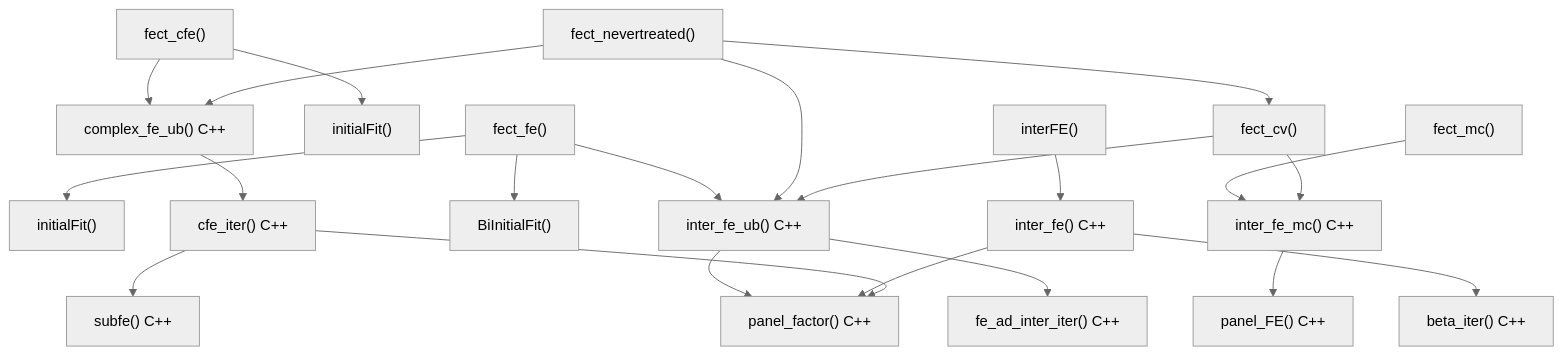
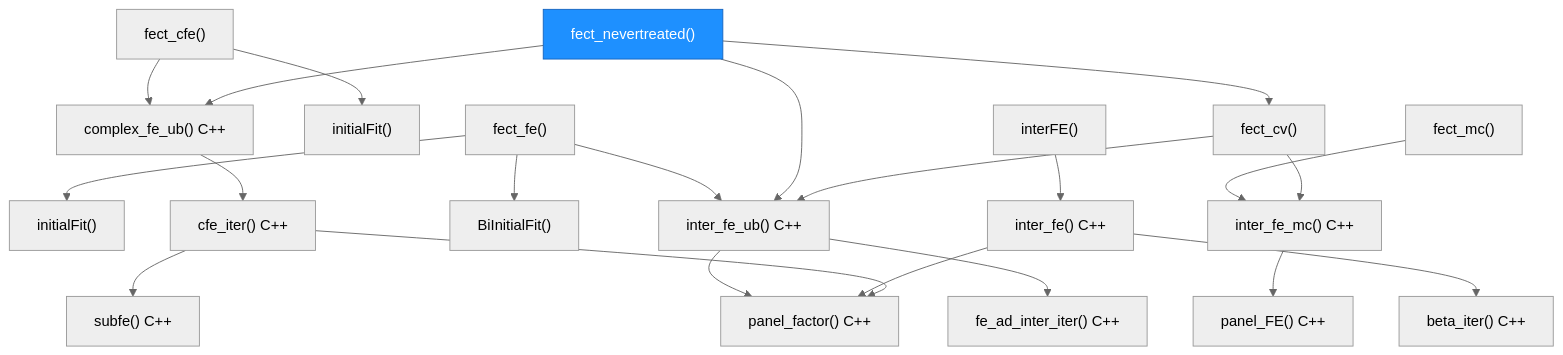
The fourth of 5 diagrams in architecture.md (xuyiqing/fect), drawn with Mermaid before and after one commit. The commit also changed other lines of this file and 11 other files, not shown here.

````diff
--- a/architecture.md
+++ b/architecture.md
@@ -239,33 +263,35 @@
 ```mermaid
 %%{init: {'theme': 'neutral'}}%%
 graph TD
     fect_fe["fect_fe()"] --> initialFit["initialFit()"]
     fect_fe --> inter_fe_ub["inter_fe_ub() C++"]
     fect_fe --> BiInitialFit["BiInitialFit()"]
 
     fect_cfe["fect_cfe()"] --> initialFit2["initialFit()"]
     fect_cfe --> complex_fe_ub["complex_fe_ub() C++"]
 
     fect_mc["fect_mc()"] --> inter_fe_mc["inter_fe_mc() C++"]
 
     fect_nevertreated["fect_nevertreated()"] --> inter_fe_ub
     fect_nevertreated --> complex_fe_ub
     fect_nevertreated --> fect_cv["fect_cv()"]
 
     complex_fe_ub --> cfe_iter["cfe_iter() C++"]
 
     inter_fe_ub --> fe_ad["fe_ad_inter_iter() C++"]
     inter_fe_ub --> panel_factor["panel_factor() C++"]
 
     inter_fe_mc --> panel_FE["panel_FE() C++"]
 
     interFE["interFE()"] --> inter_fe["inter_fe() C++"]
     inter_fe --> panel_factor
     inter_fe --> beta_iter["beta_iter() C++"]
 
     cfe_iter --> subfe["subfe() C++"]
     cfe_iter --> panel_factor
 
     fect_cv --> inter_fe_ub
     fect_cv --> inter_fe_mc
+
+    style fect_nevertreated fill:#1e90ff,stroke:#1565c0,color:#fff
 ```
````
